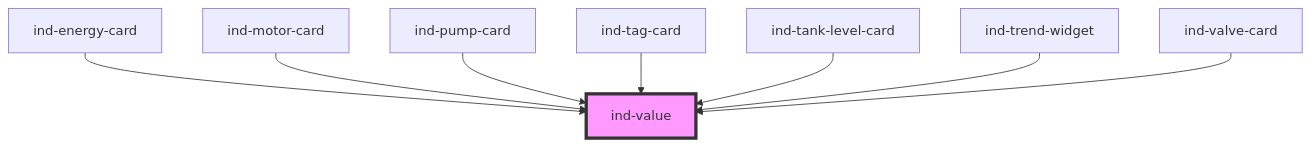
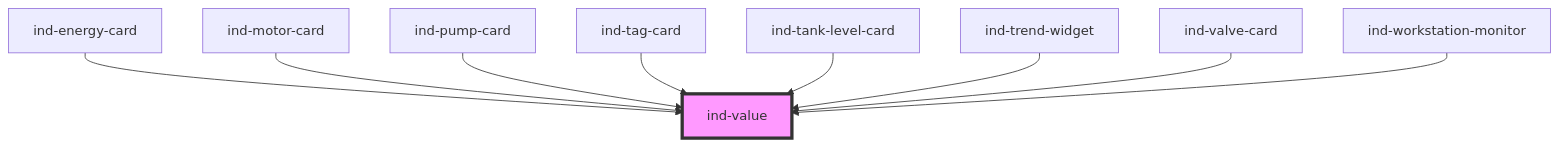
The diagram in packages/core/src/components/atoms/value/readme.md (christophe77/in-ds), drawn with Mermaid before and after one commit. The commit also changed other lines of this file and 106 other files, not shown here.

````diff
--- a/packages/core/src/components/atoms/value/readme.md
+++ b/packages/core/src/components/atoms/value/readme.md
@@ -48,11 +49,12 @@
 ```mermaid
 graph TD;
   ind-energy-card --> ind-value
   ind-motor-card --> ind-value
   ind-pump-card --> ind-value
   ind-tag-card --> ind-value
   ind-tank-level-card --> ind-value
   ind-trend-widget --> ind-value
   ind-valve-card --> ind-value
+  ind-workstation-monitor --> ind-value
   style ind-value fill:#f9f,stroke:#333,stroke-width:4px
 ```
````
